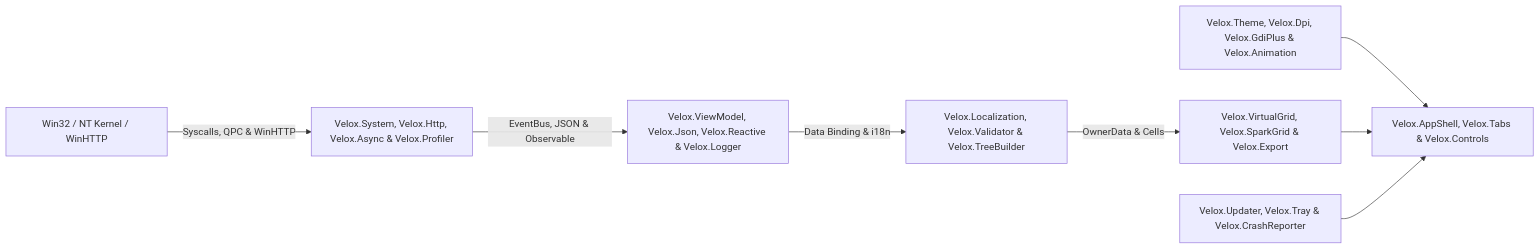
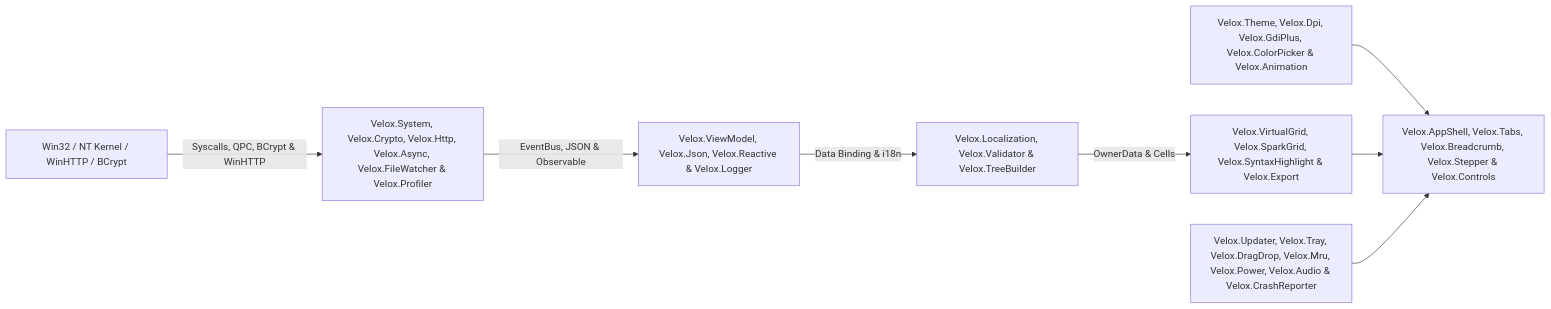
The first of 2 diagrams in README.md (amafjarkasi/velox-ui), drawn with Mermaid before and after one commit. The commit also changed other lines of this file and 12 other files, not shown here.

````diff
--- a/README.md
+++ b/README.md
@@ -135,10 +145,10 @@
 ```mermaid
 flowchart LR
-    OS["Win32 / NT Kernel / WinHTTP"] -->|"Syscalls, QPC & WinHTTP"| SYS["Velox.System, Velox.Http, Velox.Async & Velox.Profiler"]
+    OS["Win32 / NT Kernel / WinHTTP / BCrypt"] -->|"Syscalls, QPC, BCrypt & WinHTTP"| SYS["Velox.System, Velox.Crypto, Velox.Http, Velox.Async, Velox.FileWatcher & Velox.Profiler"]
     SYS -->|"EventBus, JSON & Observable<T>"| VM["Velox.ViewModel, Velox.Json, Velox.Reactive & Velox.Logger"]
     VM -->|"Data Binding & i18n"| BIND["Velox.Localization, Velox.Validator & Velox.TreeBuilder<T>"]
-    BIND -->|"OwnerData & Cells"| GRID["Velox.VirtualGrid<T>, Velox.SparkGrid & Velox.Export"]
-    THEME["Velox.Theme, Velox.Dpi, Velox.GdiPlus & Velox.Animation"] --> SHELL["Velox.AppShell, Velox.Tabs & Velox.Controls"]
+    BIND -->|"OwnerData & Cells"| GRID["Velox.VirtualGrid<T>, Velox.SparkGrid, Velox.SyntaxHighlight & Velox.Export"]
+    THEME["Velox.Theme, Velox.Dpi, Velox.GdiPlus, Velox.ColorPicker & Velox.Animation"] --> SHELL["Velox.AppShell, Velox.Tabs, Velox.Breadcrumb, Velox.Stepper & Velox.Controls"]
     GRID --> SHELL
-    EXT["Velox.Updater, Velox.Tray & Velox.CrashReporter"] --> SHELL
+    EXT["Velox.Updater, Velox.Tray, Velox.DragDrop, Velox.Mru, Velox.Power, Velox.Audio & Velox.CrashReporter"] --> SHELL
 ```
````
